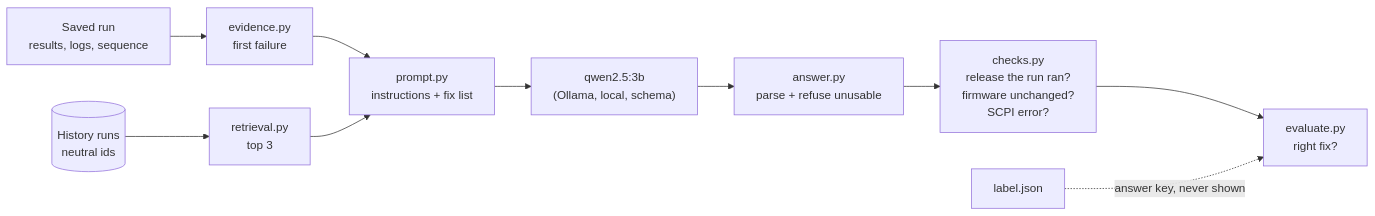
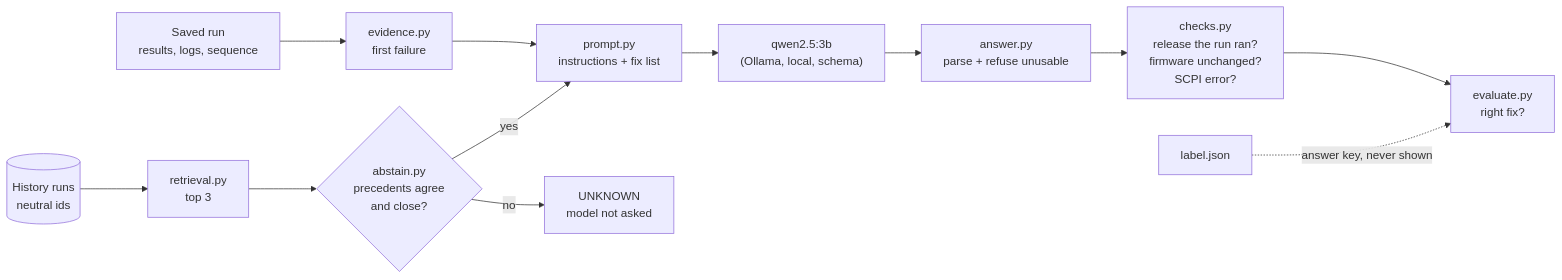
Before and after one commit to kaustubhagarwal18/virtual-rf-testbench: the diagram in triage/results/baseline.md, drawn with Mermaid. The commit also changed other lines of this file and 7 other files, not shown here.

````diff
--- a/triage/results/baseline.md
+++ b/triage/results/baseline.md
@@ -5,12 +5,14 @@
 ```mermaid
 flowchart LR
     run["Saved run<br/>results, logs, sequence"] --> ev["evidence.py<br/>first failure"]
     hist[("History runs<br/>neutral ids")] --> ret["retrieval.py<br/>top 3"]
     ev --> pr["prompt.py<br/>instructions + fix list"]
-    ret --> pr
+    ret --> gate{"abstain.py<br/>precedents agree<br/>and close?"}
+    gate -- yes --> pr
+    gate -- no --> unk["UNKNOWN<br/>model not asked"]
     pr --> llm["qwen2.5:3b<br/>(Ollama, local, schema)"]
     llm --> an["answer.py<br/>parse + refuse unusable"]
     an --> chk["checks.py<br/>release the run ran?<br/>firmware unchanged?<br/>SCPI error?"]
     chk --> score["evaluate.py<br/>right fix?"]
     label["label.json"] -. answer key, never shown .-> score
 ```
````
